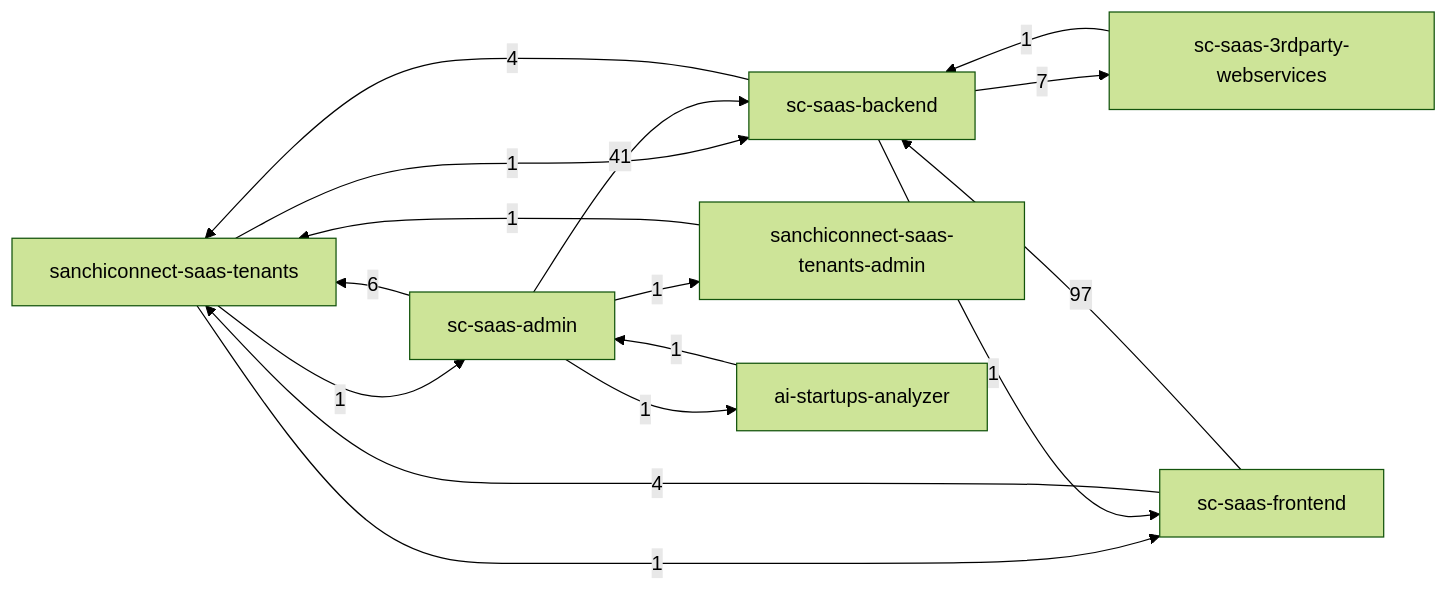
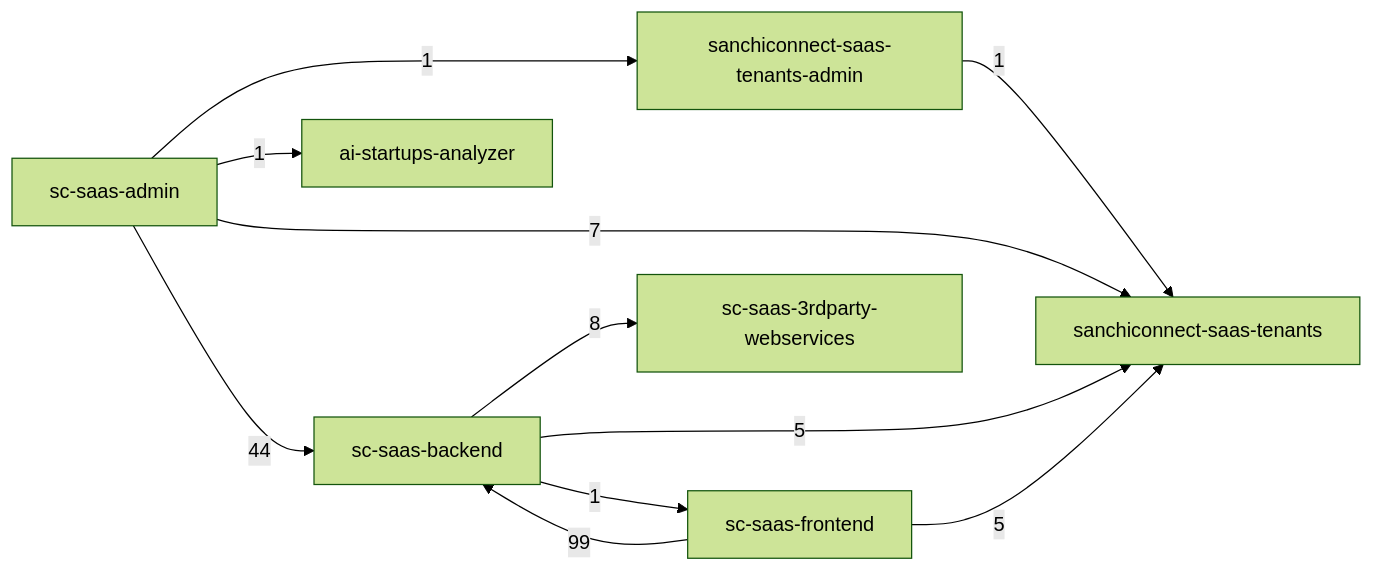
Before and after one commit to sanchiconnect-org/sc-saas-ai-native: the diagram in docs/MODULE-MAP.md, drawn with Mermaid (forest theme). The commit also changed other lines of this file and 1 other file, not shown here.

First line of the commit message:
docs(SAN-1627): regenerate the module map; skip analyzer migrations and tests

````diff
--- a/docs/MODULE-MAP.md
+++ b/docs/MODULE-MAP.md
@@ -23,25 +23,20 @@
 ```mermaid
 graph LR
     tenants["sanchiconnect-saas-tenants"]
     backend["sc-saas-backend"]
     frontend["sc-saas-frontend"]
     admin["sc-saas-admin"]
     tenants_admin["sanchiconnect-saas-tenants-admin"]
     analyzer["ai-startups-analyzer"]
     webservices["sc-saas-3rdparty-webservices"]
-    analyzer -->|1| admin
-    tenants -->|1| admin
-    tenants -->|1| backend
-    tenants -->|1| frontend
     tenants_admin -->|1| tenants
-    webservices -->|1| backend
     admin -->|1| analyzer
-    admin -->|6| tenants
+    admin -->|7| tenants
     admin -->|1| tenants_admin
-    admin -->|41| backend
-    backend -->|4| tenants
-    backend -->|7| webservices
+    admin -->|44| backend
+    backend -->|5| tenants
+    backend -->|8| webservices
     backend -->|1| frontend
-    frontend -->|4| tenants
-    frontend -->|97| backend
+    frontend -->|5| tenants
+    frontend -->|99| backend
 ```
````
